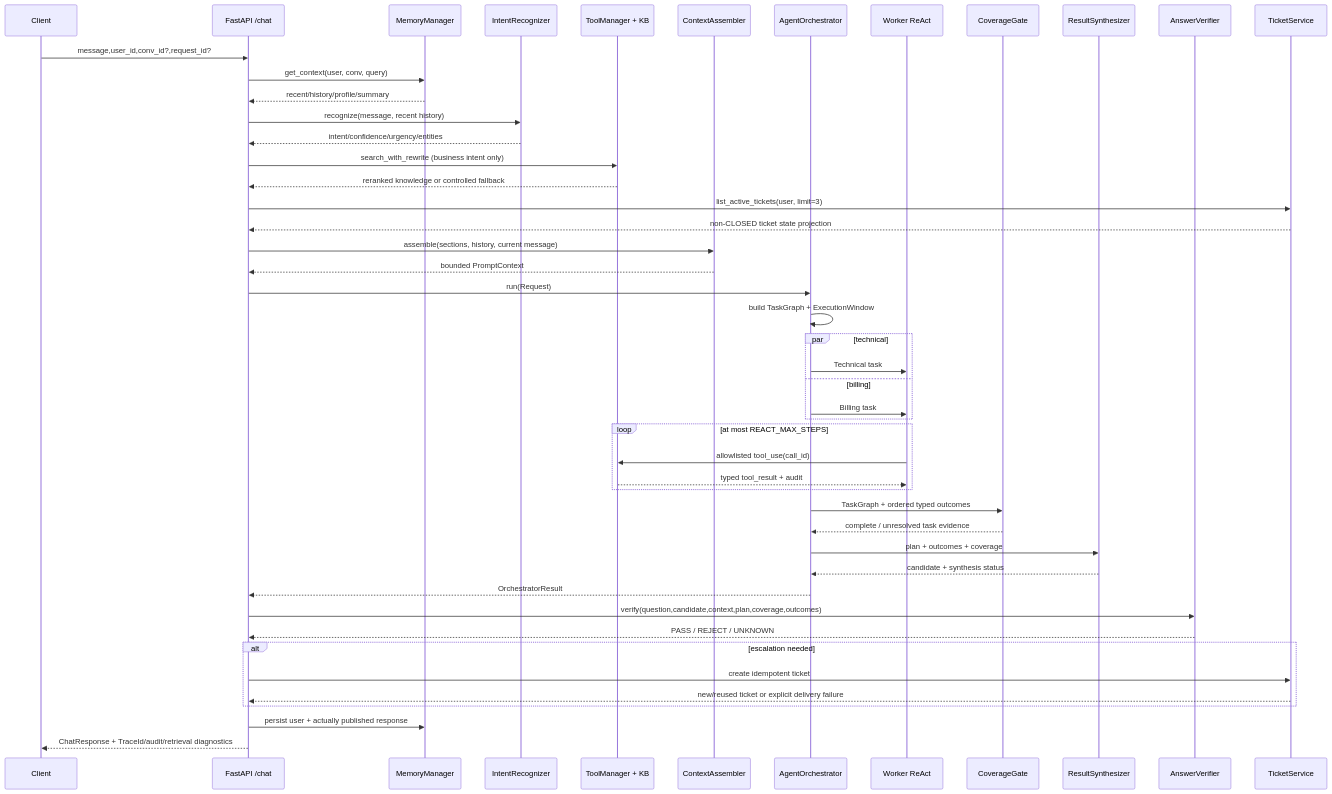
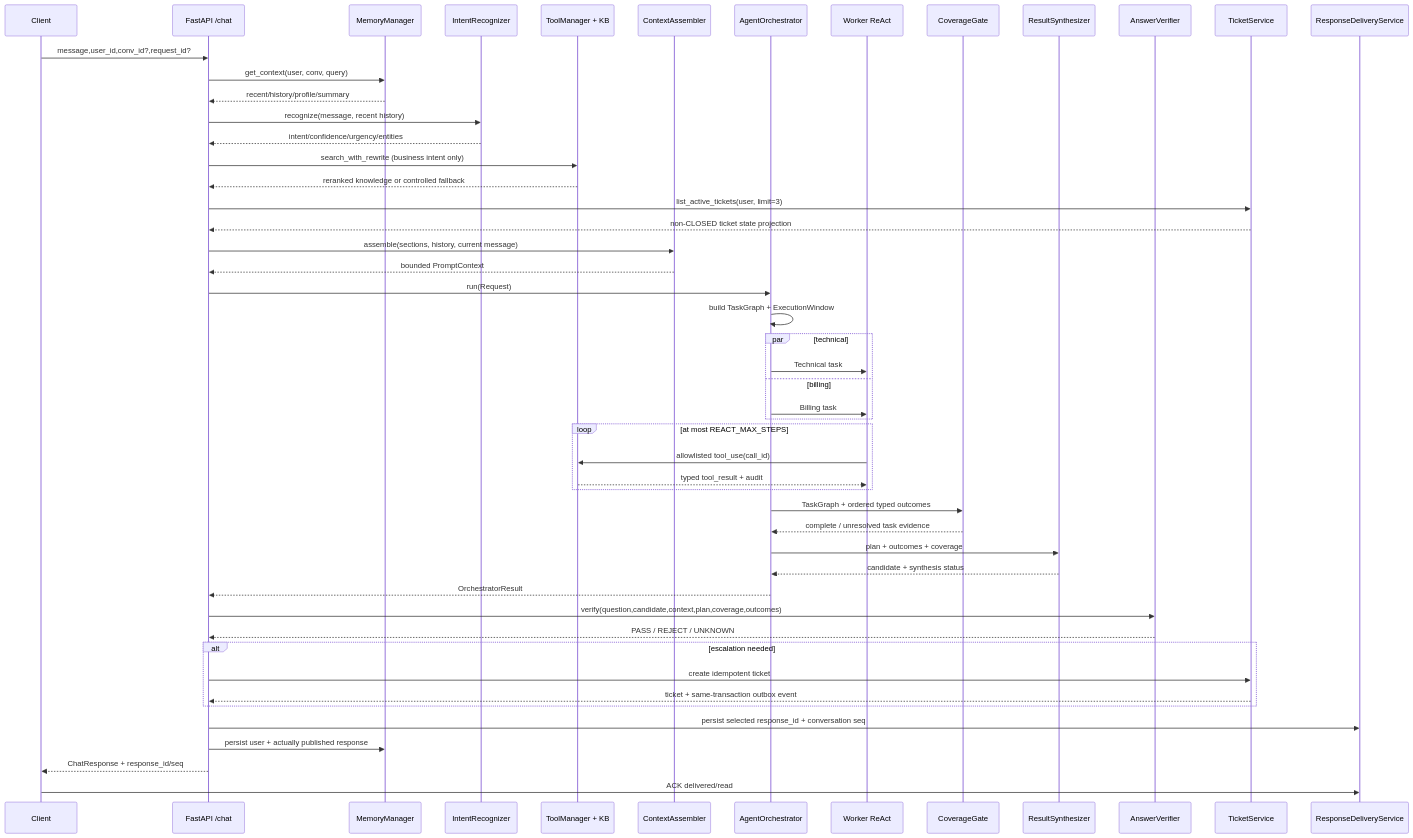
One commit to Garrulus21yyx/DialogPilot changed the second of 11 diagrams in docs/full-architecture-tutorial.zh-CN.md. Above: the diagram before and after it, drawn with Mermaid. The commit also changed other lines of this file and 13 other files, not shown here.

Commit message:
Make delivery and ticket dispatch recoverable

````diff
--- a/docs/full-architecture-tutorial.zh-CN.md
+++ b/docs/full-architecture-tutorial.zh-CN.md
@@ -202,51 +204,54 @@
 ```mermaid
 sequenceDiagram
     participant C as Client
     participant A as FastAPI /chat
     participant M as MemoryManager
     participant I as IntentRecognizer
     participant T as ToolManager + KB
     participant X as ContextAssembler
     participant O as AgentOrchestrator
     participant R as Worker ReAct
     participant G as CoverageGate
     participant S as ResultSynthesizer
     participant V as AnswerVerifier
     participant K as TicketService
+    participant D as ResponseDeliveryService
 
     C->>A: message,user_id,conv_id?,request_id?
     A->>M: get_context(user, conv, query)
     M-->>A: recent/history/profile/summary
     A->>I: recognize(message, recent history)
     I-->>A: intent/confidence/urgency/entities
     A->>T: search_with_rewrite (business intent only)
     T-->>A: reranked knowledge or controlled fallback
     A->>K: list_active_tickets(user, limit=3)
     K-->>A: non-CLOSED ticket state projection
     A->>X: assemble(sections, history, current message)
     X-->>A: bounded PromptContext
     A->>O: run(Request)
     O->>O: build TaskGraph + ExecutionWindow
     par technical
         O->>R: Technical task
     and billing
         O->>R: Billing task
     end
     loop at most REACT_MAX_STEPS
         R->>T: allowlisted tool_use(call_id)
         T-->>R: typed tool_result + audit
     end
     O->>G: TaskGraph + ordered typed outcomes
     G-->>O: complete / unresolved task evidence
     O->>S: plan + outcomes + coverage
     S-->>O: candidate + synthesis status
     O-->>A: OrchestratorResult
     A->>V: verify(question,candidate,context,plan,coverage,outcomes)
     V-->>A: PASS / REJECT / UNKNOWN
     alt escalation needed
         A->>K: create idempotent ticket
-        K-->>A: new/reused ticket or explicit delivery failure
+        K-->>A: ticket + same-transaction outbox event
     end
+    A->>D: persist selected response_id + conversation seq
     A->>M: persist user + actually published response
-    A-->>C: ChatResponse + TraceId/audit/retrieval diagnostics
+    A-->>C: ChatResponse + response_id/seq
+    C->>D: ACK delivered/read
 ```
````
